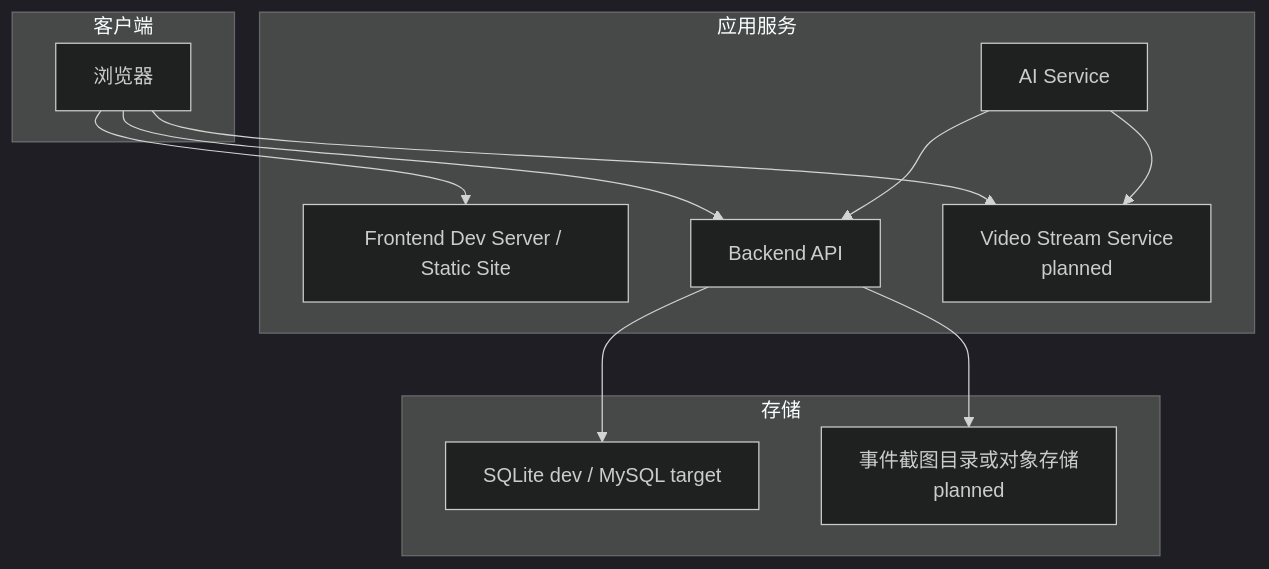
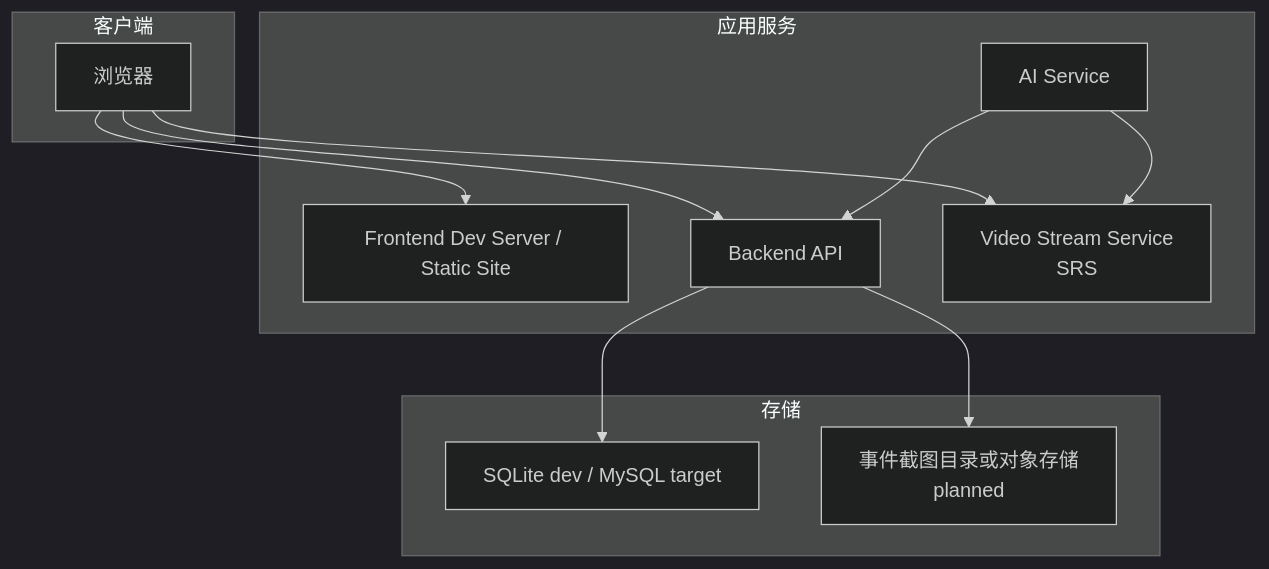
One commit to YuzhSong/FactoryVision changed the third of 3 diagrams in docs/03-architecture-design.md. Above: the diagram before and after it, drawn with Mermaid (dark theme). The commit also changed other lines of this file and 20 other files, not shown here.

````diff
--- a/docs/03-architecture-design.md
+++ b/docs/03-architecture-design.md
@@ -78,26 +81,26 @@
 ```mermaid
 flowchart TB
     subgraph Client["客户端"]
         Browser["浏览器"]
     end
 
     subgraph App["应用服务"]
         FE["Frontend Dev Server / Static Site"]
         BE["Backend API"]
         AI["AI Service"]
-        VS["Video Stream Service<br/>planned"]
+        VS["Video Stream Service<br/>SRS"]
     end
 
     subgraph Storage["存储"]
         DB["SQLite dev / MySQL target"]
         Snap["事件截图目录或对象存储<br/>planned"]
     end
 
     Browser --> FE
     Browser --> BE
     Browser --> VS
     AI --> VS
     AI --> BE
     BE --> DB
     BE --> Snap
 ```
````
